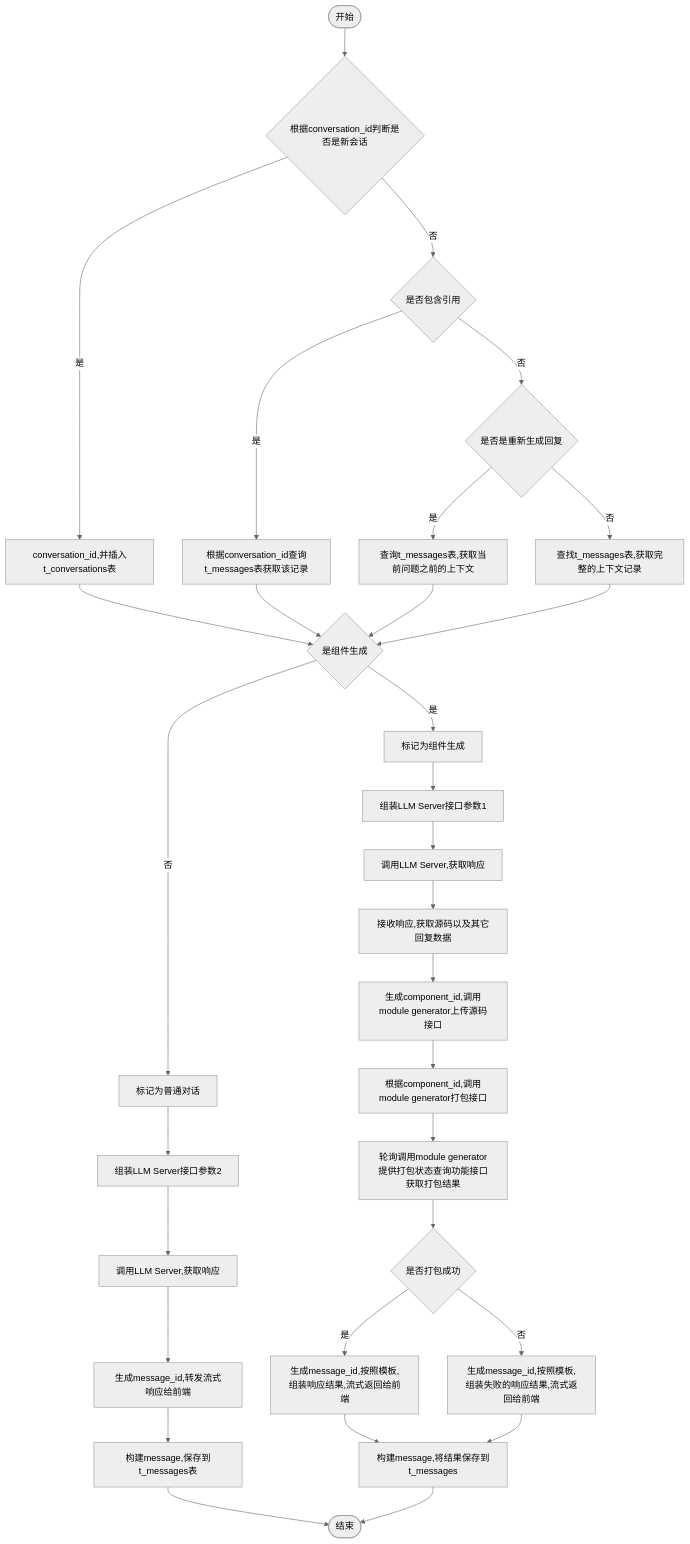
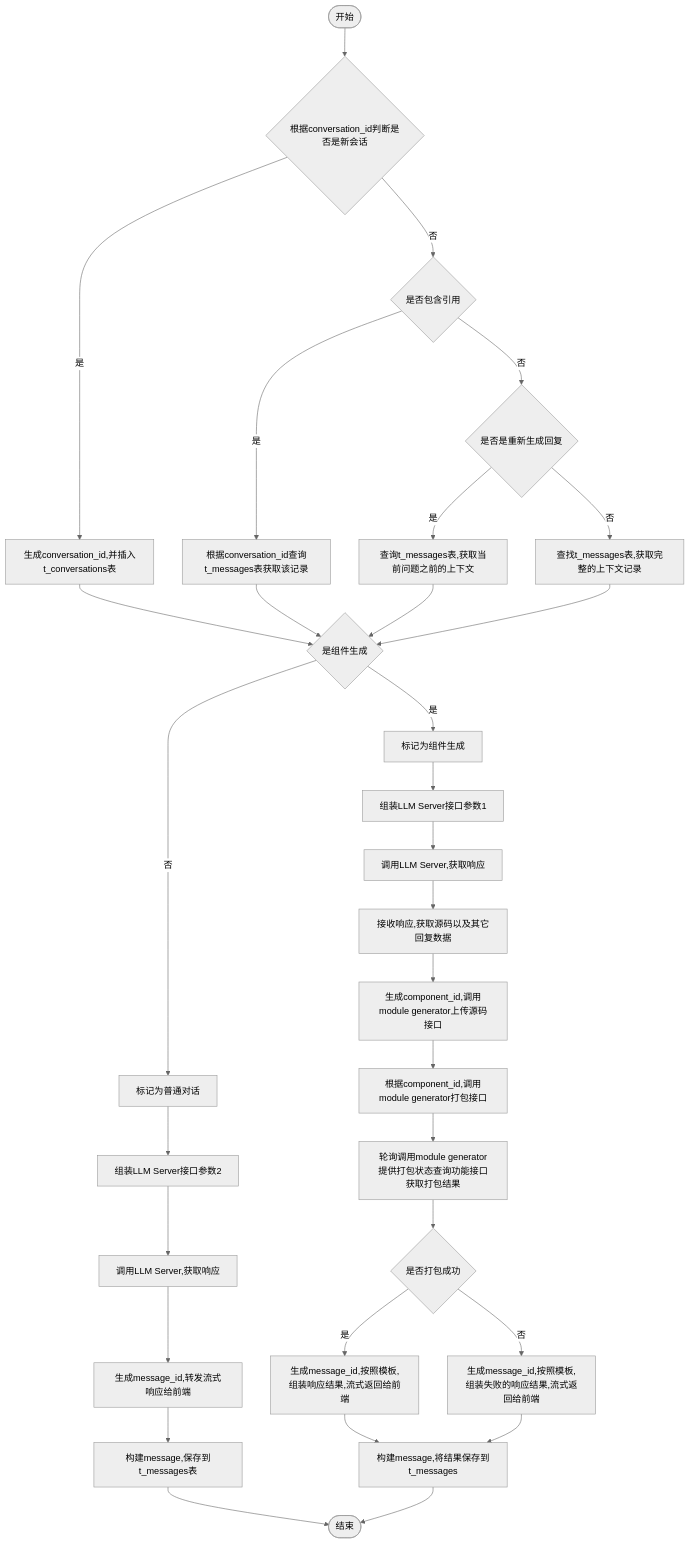
Before and after one commit to yingjianzh/iodraw-files: the diagram in all/v0.1.0会话.md, drawn with Mermaid (neutral theme).

Commit message:
2024-10-12 17:12:39 update

````diff
--- a/all/v0.1.0会话.md
+++ b/all/v0.1.0会话.md
@@ -1,34 +1,34 @@
 ```mermaid
 flowchart TD
     A([开始]) --> B{根据conversation_id判断是否是新会话}
-    B -- 是 --> C[conversation_id,并插入t_conversations表]
+    B -- 是 --> C[生成conversation_id,并插入t_conversations表]
     B -- 否 --> D{是否包含引用}
     D -- 是 --> E[根据conversation_id查询t_messages表获取该记录]
     D -- 否 --> F{是否是重新生成回复}
     F -- 是 --> G[查询t_messages表,获取当前问题之前的上下文]
     F -- 否 --> H[查找t_messages表,获取完整的上下文记录]
      
     C & E & G & H --> I{是组件生成}
     I -- 是 --> J[标记为组件生成]
     I -- 否 --> K[标记为普通对话]
 
     J --> L[组装LLM Server接口参数1]    
     K --> M[组装LLM Server接口参数2]    
     M --> N[调用LLM Server,获取响应]    
     N --> O[生成message_id,转发流式响应给前端]
     O --> P[构建message,保存到t_messages表]
     P --> R([结束])
 
 
     L --> S[调用LLM Server,获取响应]
     S --> T[接收响应,获取源码以及其它回复数据]
     T --> U[生成component_id,调用module generator上传源码接口]
     U --> V[根据component_id,调用module generator打包接口]
     V --> W[轮询调用module generator提供打包状态查询功能接口获取打包结果]
     W --> X{是否打包成功}
     X -- 是 --> Y[生成message_id,按照模板,组装响应结果,流式返回给前端]
     X -- 否 --> Z[生成message_id,按照模板,组装失败的响应结果,流式返回给前端]
 
     Y & Z --> Result[构建message,将结果保存到t_messages]
     Result --> R
 ```
````
